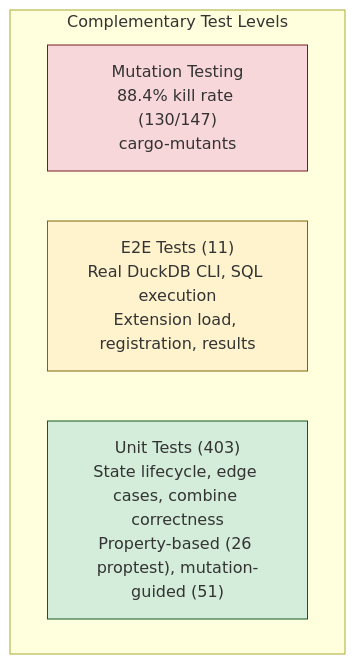
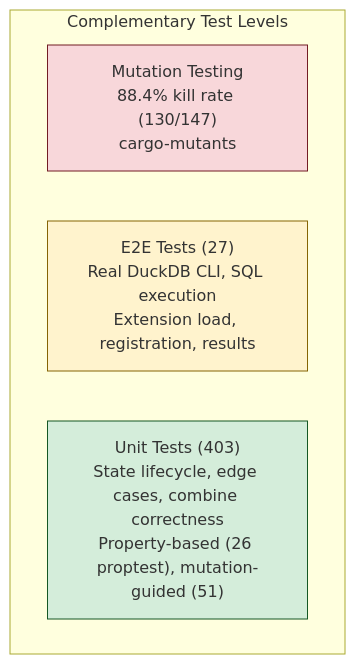
Before and after one commit to tomtom215/duckdb-behavioral: the second of 4 diagrams in docs/src/engineering.md, drawn with Mermaid. The commit also changed other lines of this file and 14 other files, not shown here.

````diff
--- a/docs/src/engineering.md
+++ b/docs/src/engineering.md
@@ -131,12 +131,12 @@
 ```mermaid
 graph TB
     subgraph "Complementary Test Levels"
         L3["Mutation Testing<br/>88.4% kill rate (130/147)<br/>cargo-mutants"]
-        L2["E2E Tests (11)<br/>Real DuckDB CLI, SQL execution<br/>Extension load, registration, results"]
+        L2["E2E Tests (27)<br/>Real DuckDB CLI, SQL execution<br/>Extension load, registration, results"]
         L1["Unit Tests (403)<br/>State lifecycle, edge cases, combine correctness<br/>Property-based (26 proptest), mutation-guided (51)"]
     end
 
     style L1 fill:#d4edda,stroke:#155724
     style L2 fill:#fff3cd,stroke:#856404
     style L3 fill:#f8d7da,stroke:#721c24
 ```
````
